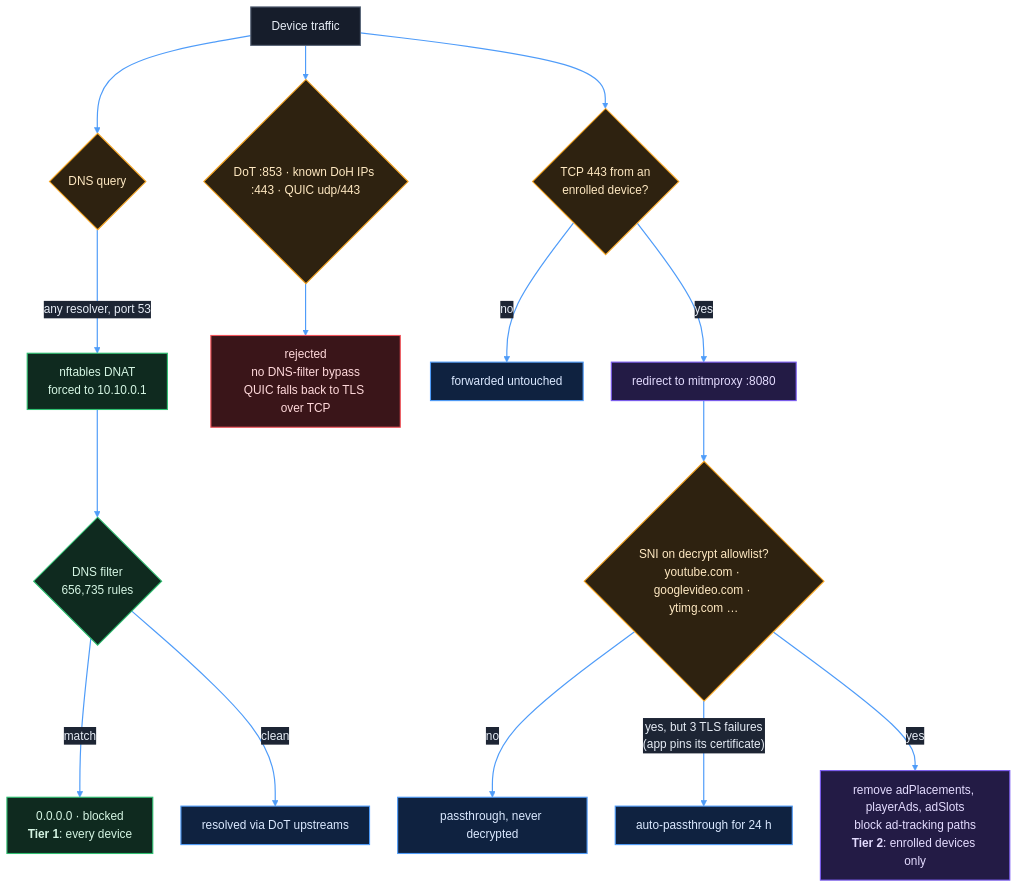
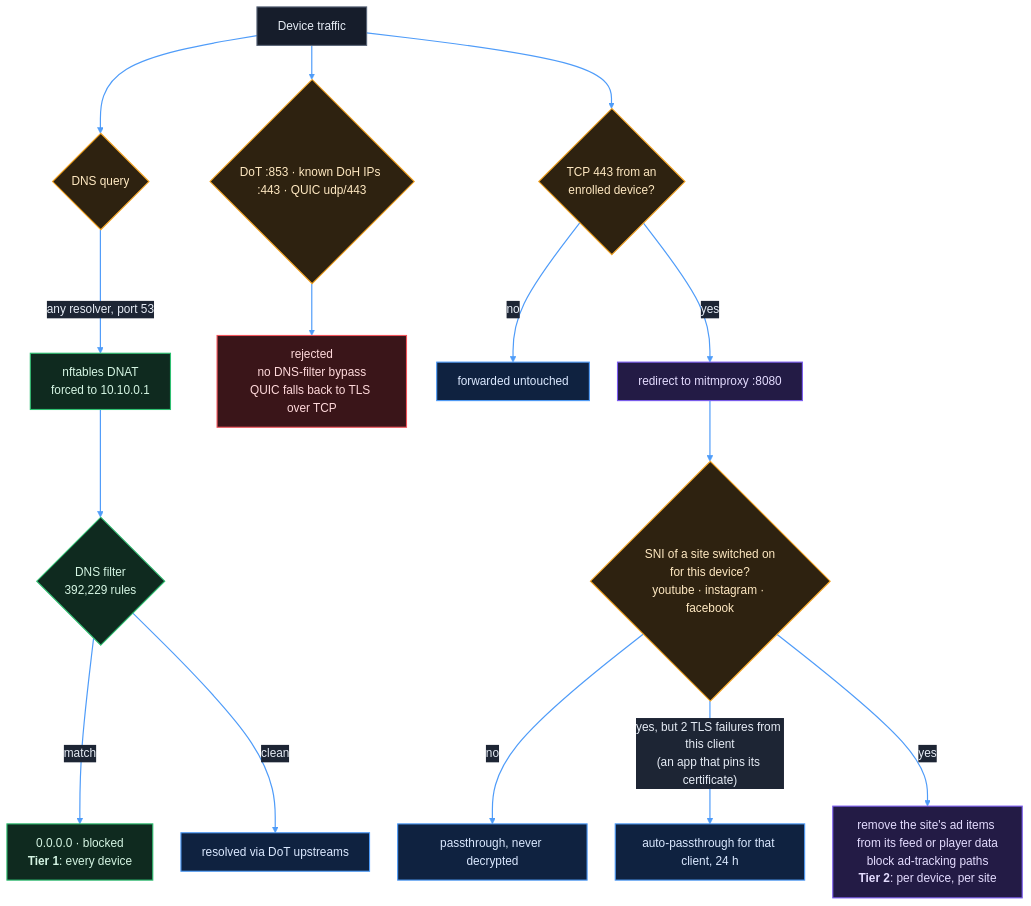
The sixth of 7 diagrams in README.md (MaheshwariKushagra/securepi-gateway), drawn with Mermaid before and after one commit. The commit also changed other lines of this file and 5 other files, not shown here.

````diff
--- a/README.md
+++ b/README.md
@@ -425,34 +430,34 @@
 ```mermaid
 %%{init: {'theme':'base','themeVariables':{'primaryColor':'#161d2b','primaryTextColor':'#e6ecf5','primaryBorderColor':'#2e3a50','secondaryColor':'#111722','tertiaryColor':'#0d121b','lineColor':'#4f9cf9','clusterBkg':'#0d121b','clusterBorder':'#2e3a50','titleColor':'#aab6c8','edgeLabelBackground':'#1d2534','textColor':'#8d99ad'},'flowchart':{'curve':'basis','padding':14,'nodeSpacing':38,'rankSpacing':46}}}%%
 flowchart TD
     Q["Device traffic"] --> DNS{"DNS query"}
     DNS -->|"any resolver, port 53"| DNAT["nftables DNAT<br/>forced to 10.10.0.1"]
-    DNAT --> AGH{"DNS filter<br/>656,735 rules"}
+    DNAT --> AGH{"DNS filter<br/>392,229 rules"}
     AGH -->|match| BLK["0.0.0.0 · blocked<br/><b>Tier 1</b>: every device"]
     AGH -->|clean| OK["resolved via DoT upstreams"]
 
     Q --> BYP{"DoT :853 · known DoH IPs :443 · QUIC udp/443"}
     BYP --> REJ["rejected<br/>no DNS-filter bypass<br/>QUIC falls back to TLS over TCP"]
 
     Q --> TLS{"TCP 443 from an<br/>enrolled device?"}
     TLS -->|no| FWD["forwarded untouched"]
     TLS -->|yes| MITM["redirect to mitmproxy :8080"]
-    MITM --> SNI{"SNI on decrypt allowlist?<br/>youtube.com · googlevideo.com · ytimg.com …"}
+    MITM --> SNI{"SNI of a site switched on<br/>for this device?<br/>youtube · instagram · facebook"}
     SNI -->|no| PASS["passthrough, never decrypted"]
-    SNI -->|"yes, but 3 TLS failures<br/>(app pins its certificate)"| PIN["auto-passthrough for 24 h"]
-    SNI -->|yes| STRIP["remove adPlacements, playerAds, adSlots<br/>block ad-tracking paths<br/><b>Tier 2</b>: enrolled devices only"]
+    SNI -->|"yes, but 2 TLS failures from this client<br/>(an app that pins its certificate)"| PIN["auto-passthrough for that client, 24 h"]
+    SNI -->|yes| STRIP["remove the site's ad items from its feed or player data<br/>block ad-tracking paths<br/><b>Tier 2</b>: per device, per site"]
 
     classDef ext fill:#161d2b,stroke:#5a6679,stroke-width:1.5px,color:#e6ecf5
     classDef sensor fill:#0f2a1f,stroke:#2fbf71,stroke-width:1.5px,color:#d5f5e3
     classDef pipe fill:#0f2240,stroke:#4f9cf9,stroke-width:1.5px,color:#dbe9ff
     classDef store fill:#231b45,stroke:#7b5cf0,stroke-width:1.5px,color:#e4dcff
     classDef detect fill:#2e2210,stroke:#f5a524,stroke-width:1.5px,color:#ffe9c2
     classDef danger fill:#3a1519,stroke:#f2545b,stroke-width:1.5px,color:#ffd9db
     class Q ext
     class DNS,BYP,TLS,SNI detect
     class DNAT,AGH,BLK sensor
     class OK,FWD,PASS,PIN pipe
     class REJ danger
     class MITM,STRIP store
     linkStyle default stroke:#4f9cf9,stroke-width:1.6px
 ```
````
